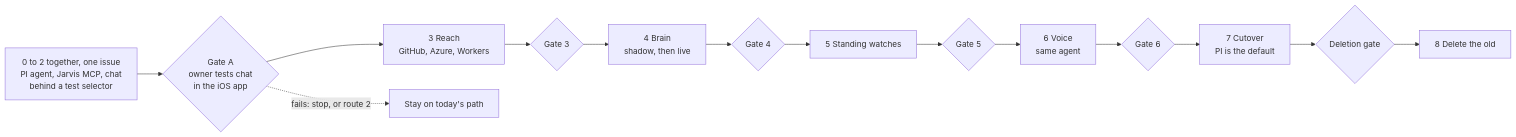
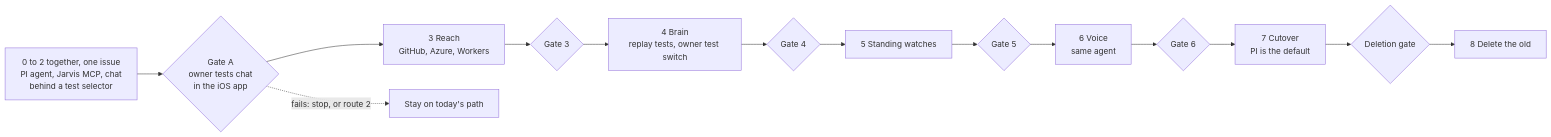
The eighth of 8 diagrams in docs/pi/plan.md (DanAakesen/jarvis), drawn with Mermaid before and after one commit. The commit also changed other lines of this file and 47 other files, not shown here.

````diff
--- a/docs/pi/plan.md
+++ b/docs/pi/plan.md
@@ -390,11 +390,11 @@
 ```mermaid
 flowchart LR
     P012["0 to 2 together, one issue<br/>PI agent, Jarvis MCP, chat<br/>behind a test selector"] --> G2{"Gate A<br/>owner tests chat<br/>in the iOS app"}
     G2 --> P3["3 Reach<br/>GitHub, Azure, Workers"] --> G3{"Gate 3"}
-    G3 --> P4["4 Brain<br/>shadow, then live"] --> G4{"Gate 4"}
+    G3 --> P4["4 Brain<br/>replay tests, owner test switch"] --> G4{"Gate 4"}
     G4 --> P5["5 Standing watches"] --> G5{"Gate 5"}
     G5 --> P6["6 Voice<br/>same agent"] --> G6{"Gate 6"}
     G6 --> P7["7 Cutover<br/>PI is the default"] --> G7{"Deletion gate"}
     G7 --> P8["8 Delete the old"]
     G2 -. "fails: stop, or route 2" .-> X["Stay on today's path"]
 ```
````
